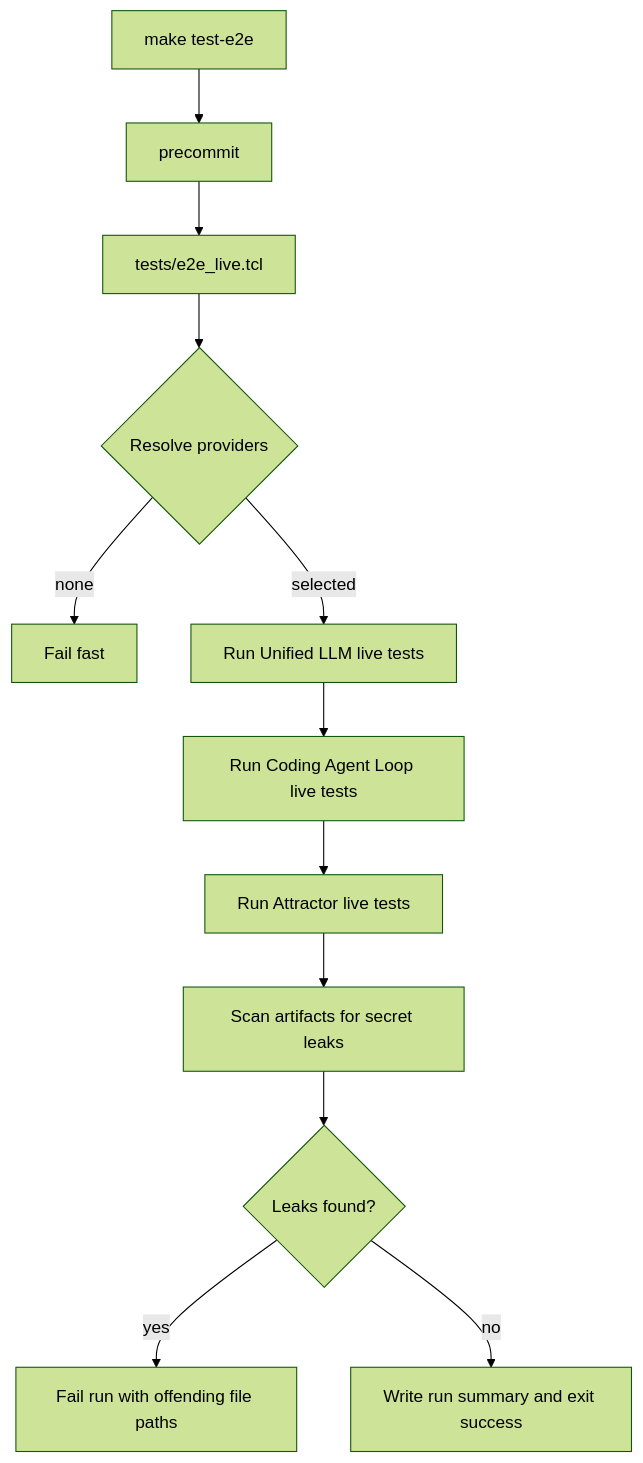
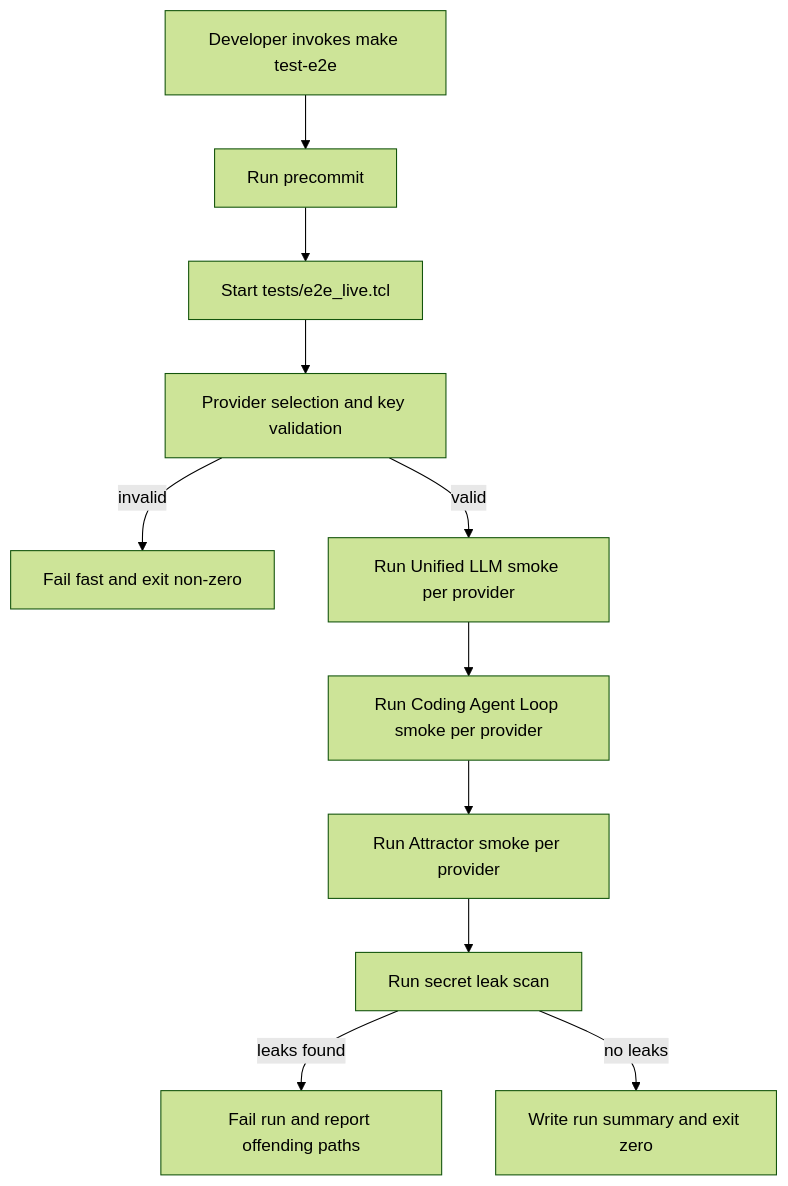
The third of 5 diagrams in docs/sprints/SPRINT-004-comprehensive-implementation-plan.md (jaytaylor/attractor-tcl), drawn with Mermaid (forest theme) before and after one commit. The commit also changed other lines of this file, not shown here.

````diff
--- a/docs/sprints/SPRINT-004-comprehensive-implementation-plan.md
+++ b/docs/sprints/SPRINT-004-comprehensive-implementation-plan.md
@@ -1995,14 +1172,13 @@
 ```mermaid
 flowchart TD
-  A[make test-e2e] --> B[precommit]
-  B --> C[tests/e2e_live.tcl]
-  C --> D{Resolve providers}
-  D -->|none| E[Fail fast]
-  D -->|selected| F[Run Unified LLM live tests]
-  F --> G[Run Coding Agent Loop live tests]
-  G --> H[Run Attractor live tests]
-  H --> I[Scan artifacts for secret leaks]
-  I --> J{Leaks found?}
-  J -->|yes| K[Fail run with offending file paths]
-  J -->|no| L[Write run summary and exit success]
+  A[Developer invokes make test-e2e] --> B[Run precommit]
+  B --> C[Start tests/e2e_live.tcl]
+  C --> D[Provider selection and key validation]
+  D -->|invalid| E[Fail fast and exit non-zero]
+  D -->|valid| F[Run Unified LLM smoke per provider]
+  F --> G[Run Coding Agent Loop smoke per provider]
+  G --> H[Run Attractor smoke per provider]
+  H --> I[Run secret leak scan]
+  I -->|leaks found| J[Fail run and report offending paths]
+  I -->|no leaks| K[Write run summary and exit zero]
 ```
````
